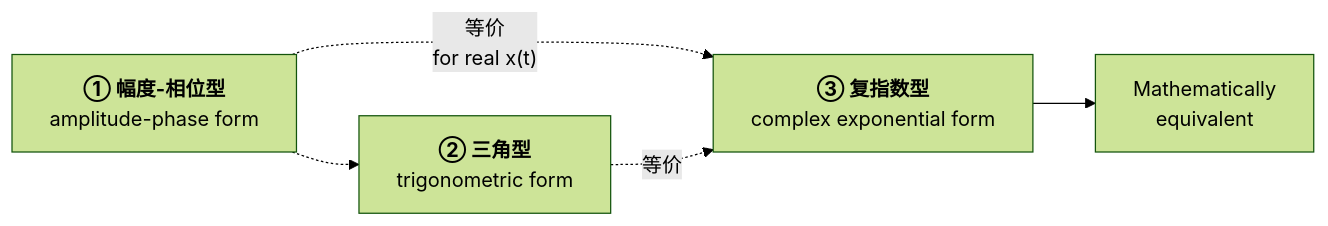
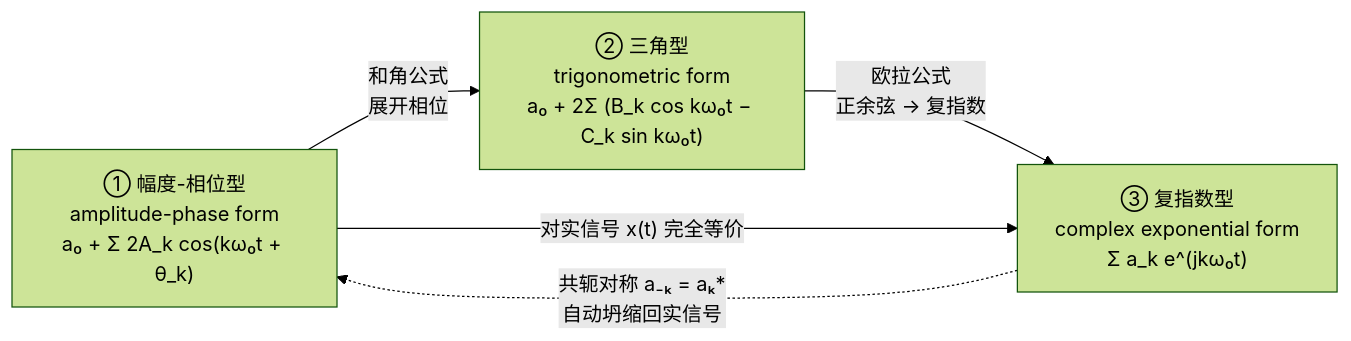
Before and after one commit to KayeAdams515/ClaudeNotes: the tenth of 14 diagrams in 信号与系统/L01 绪论 Introduction.md, drawn with Mermaid (forest theme). The commit also changed other lines of this file and 23 other files, not shown here.

````diff
--- a/信号与系统/L01 绪论 Introduction.md
+++ b/信号与系统/L01 绪论 Introduction.md
@@ -505,7 +691,7 @@
 ```mermaid
 flowchart LR
-    A["<b>① 幅度-相位型</b><br/>amplitude-phase form"] -.->|"等价<br/>for real x(t)"| C["<b>③ 复指数型</b><br/>complex exponential form"]
-    B["<b>② 三角型</b><br/>trigonometric form"] -.->|"等价"| C
-    A -.-> B
-    C --> E["Mathematically<br/>equivalent"]
+    A["① 幅度-相位型<br/>amplitude-phase form<br/>a₀ + Σ 2A_k cos(kω₀t + θ_k)"] -->|"和角公式<br/>展开相位"| B["② 三角型<br/>trigonometric form<br/>a₀ + 2Σ (B_k cos kω₀t − C_k sin kω₀t)"]
+    B -->|"欧拉公式<br/>正余弦 → 复指数"| C["③ 复指数型<br/>complex exponential form<br/>Σ a_k e^(jkω₀t)"]
+    A -->|"对实信号 x(t) 完全等价"| C
+    C -.->|"共轭对称 a₋ₖ = aₖ*<br/>自动坍缩回实信号"| A
 ```
````
